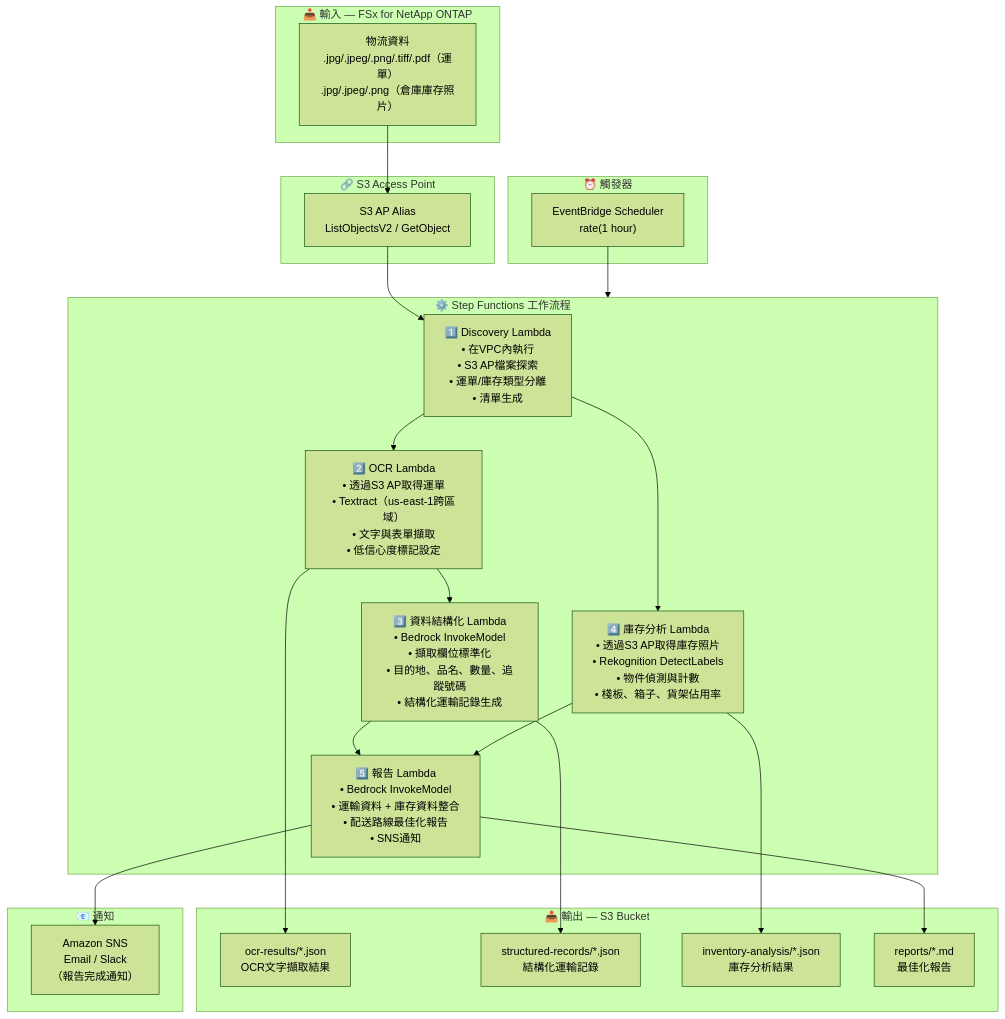
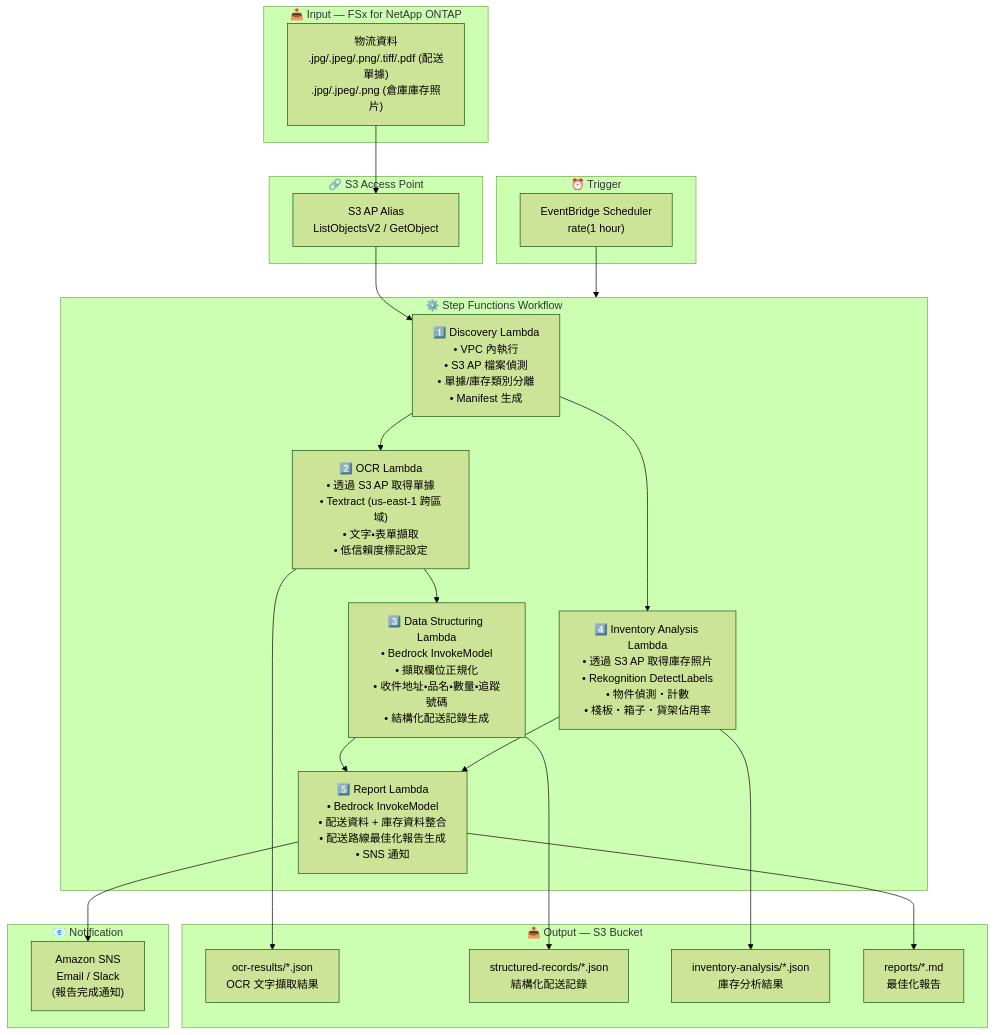
Before and after one commit to Yoshiki0705/FSx-for-ONTAP-S3AccessPoints-Serverless-Patterns: the diagram in logistics-ocr/docs/architecture.zh-TW.md, drawn with Mermaid (forest theme). The commit also changed other lines of this file and 54 other files, not shown here.

````diff
--- a/logistics-ocr/docs/architecture.zh-TW.md
+++ b/logistics-ocr/docs/architecture.zh-TW.md
@@ -11,47 +13,47 @@
 ```mermaid
 flowchart TB
-    subgraph INPUT["📥 輸入 — FSx for NetApp ONTAP"]
-        DATA["物流資料<br/>.jpg/.jpeg/.png/.tiff/.pdf（運單）<br/>.jpg/.jpeg/.png（倉庫庫存照片）"]
+    subgraph INPUT["📥 Input — FSx for NetApp ONTAP"]
+        DATA["物流資料<br/>.jpg/.jpeg/.png/.tiff/.pdf (配送單據)<br/>.jpg/.jpeg/.png (倉庫庫存照片)"]
     end
 
     subgraph S3AP["🔗 S3 Access Point"]
         ALIAS["S3 AP Alias<br/>ListObjectsV2 / GetObject"]
     end
 
-    subgraph TRIGGER["⏰ 觸發器"]
+    subgraph TRIGGER["⏰ Trigger"]
         EB["EventBridge Scheduler<br/>rate(1 hour)"]
     end
 
-    subgraph SFN["⚙️ Step Functions 工作流程"]
-        DISC["1️⃣ Discovery Lambda<br/>• 在VPC內執行<br/>• S3 AP檔案探索<br/>• 運單/庫存類型分離<br/>• 清單生成"]
-        OCR["2️⃣ OCR Lambda<br/>• 透過S3 AP取得運單<br/>• Textract（us-east-1跨區域）<br/>• 文字與表單擷取<br/>• 低信心度標記設定"]
-        DS["3️⃣ 資料結構化 Lambda<br/>• Bedrock InvokeModel<br/>• 擷取欄位標準化<br/>• 目的地、品名、數量、追蹤號碼<br/>• 結構化運輸記錄生成"]
-        IA["4️⃣ 庫存分析 Lambda<br/>• 透過S3 AP取得庫存照片<br/>• Rekognition DetectLabels<br/>• 物件偵測與計數<br/>• 棧板、箱子、貨架佔用率"]
-        RPT["5️⃣ 報告 Lambda<br/>• Bedrock InvokeModel<br/>• 運輸資料 + 庫存資料整合<br/>• 配送路線最佳化報告<br/>• SNS通知"]
+    subgraph SFN["⚙️ Step Functions Workflow"]
+        DISC["1️⃣ Discovery Lambda<br/>• VPC 內執行<br/>• S3 AP 檔案偵測<br/>• 單據/庫存類別分離<br/>• Manifest 生成"]
+        OCR["2️⃣ OCR Lambda<br/>• 透過 S3 AP 取得單據<br/>• Textract (us-east-1 跨區域)<br/>• 文字・表單擷取<br/>• 低信賴度標記設定"]
+        DS["3️⃣ Data Structuring Lambda<br/>• Bedrock InvokeModel<br/>• 擷取欄位正規化<br/>• 收件地址・品名・數量・追蹤號碼<br/>• 結構化配送記錄生成"]
+        IA["4️⃣ Inventory Analysis Lambda<br/>• 透過 S3 AP 取得庫存照片<br/>• Rekognition DetectLabels<br/>• 物件偵測・計數<br/>• 棧板・箱子・貨架佔用率"]
+        RPT["5️⃣ Report Lambda<br/>• Bedrock InvokeModel<br/>• 配送資料 + 庫存資料整合<br/>• 配送路線最佳化報告生成<br/>• SNS 通知"]
     end
 
-    subgraph OUTPUT["📤 輸出 — S3 Bucket"]
-        OCROUT["ocr-results/*.json<br/>OCR文字擷取結果"]
-        STROUT["structured-records/*.json<br/>結構化運輸記錄"]
+    subgraph OUTPUT["📤 Output — S3 Bucket"]
+        OCROUT["ocr-results/*.json<br/>OCR 文字擷取結果"]
+        STROUT["structured-records/*.json<br/>結構化配送記錄"]
         INVOUT["inventory-analysis/*.json<br/>庫存分析結果"]
         REPORT["reports/*.md<br/>最佳化報告"]
     end
 
-    subgraph NOTIFY["📧 通知"]
-        SNS["Amazon SNS<br/>Email / Slack<br/>（報告完成通知）"]
+    subgraph NOTIFY["📧 Notification"]
+        SNS["Amazon SNS<br/>Email / Slack<br/>(報告完成通知)"]
     end
 
     DATA --> ALIAS
     ALIAS --> DISC
     EB --> SFN
     DISC --> OCR
     DISC --> IA
     OCR --> DS
     DS --> RPT
     IA --> RPT
     OCR --> OCROUT
     DS --> STROUT
     IA --> INVOUT
     RPT --> REPORT
     RPT --> SNS
 ```
````
